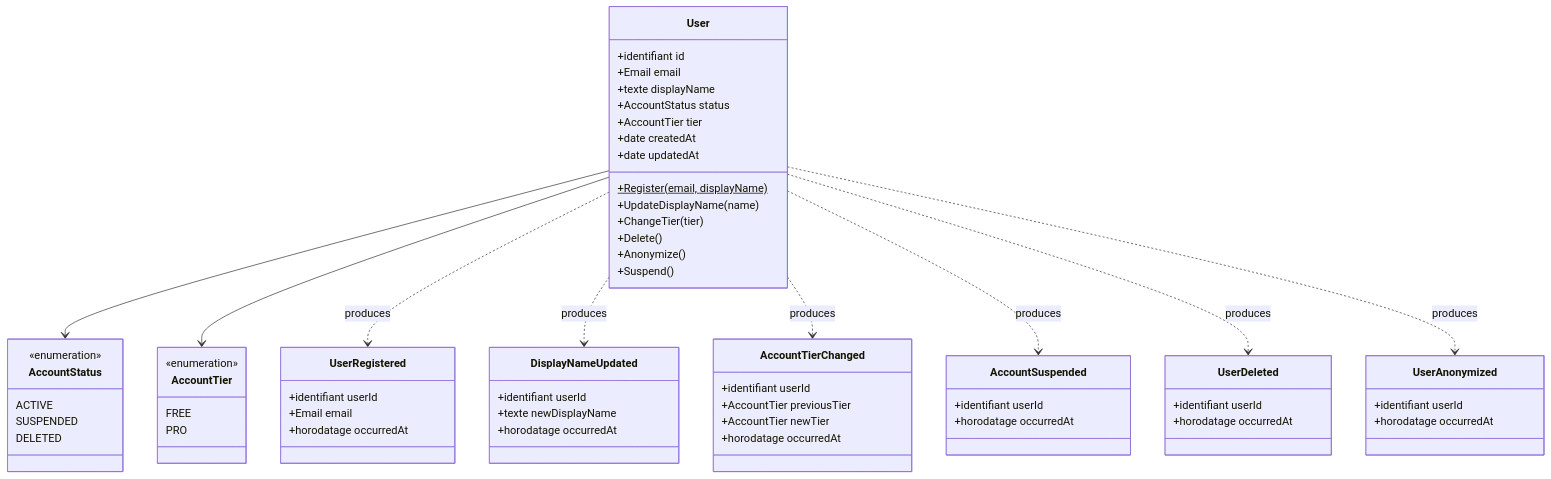
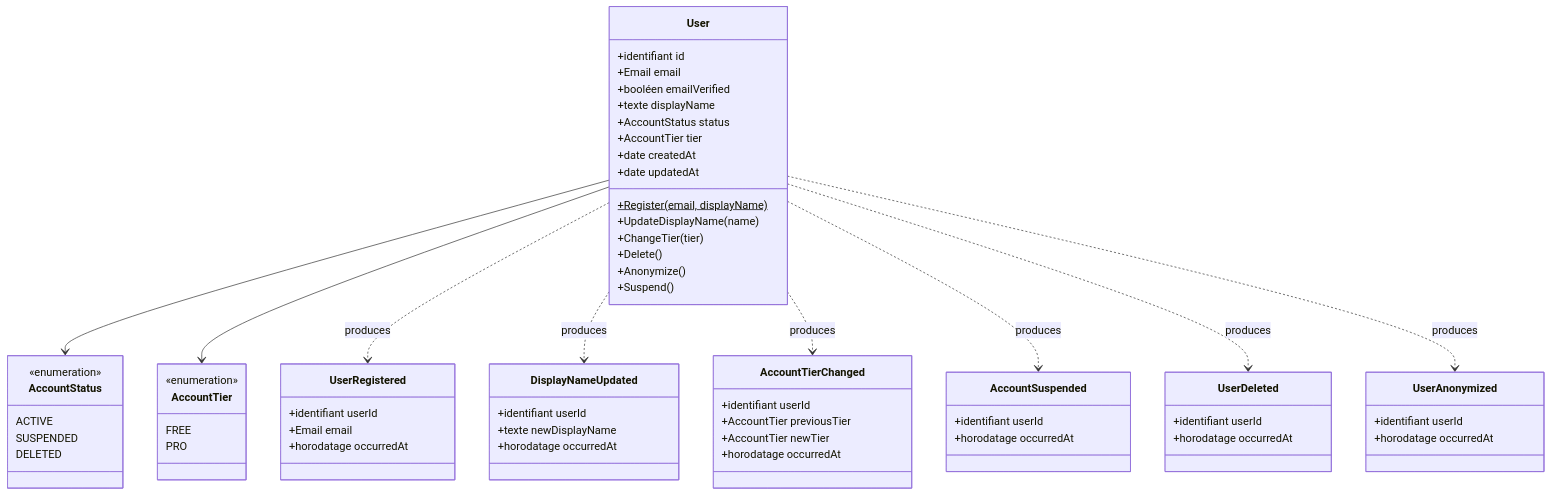
The diagram in docs/conception/domain/diagrams/classes/identity-access.md (2025-10-CDA-ECO-P6/PM-micro-saas), drawn with Mermaid before and after one commit. The commit also changed 52 other files, not shown here.

````diff
--- a/docs/conception/domain/diagrams/classes/identity-access.md
+++ b/docs/conception/domain/diagrams/classes/identity-access.md
@@ -3,74 +3,75 @@
 ```mermaid
 classDiagram
     class User {
         +identifiant id
         +Email email
+        +booléen emailVerified
         +texte displayName
         +AccountStatus status
         +AccountTier tier
         +date createdAt
         +date updatedAt
         +Register(email, displayName)$
         +UpdateDisplayName(name)
         +ChangeTier(tier)
         +Delete()
         +Anonymize()
         +Suspend()
     }
 
     class AccountStatus {
         <<enumeration>>
         ACTIVE
         SUSPENDED
         DELETED
     }
 
     class AccountTier {
         <<enumeration>>
         FREE
         PRO
     }
 
     class UserRegistered {
         +identifiant userId
         +Email email
         +horodatage occurredAt
     }
 
     class AccountTierChanged {
         +identifiant userId
         +AccountTier previousTier
         +AccountTier newTier
         +horodatage occurredAt
     }
 
     class UserDeleted {
         +identifiant userId
         +horodatage occurredAt
     }
 
     class UserAnonymized {
         +identifiant userId
         +horodatage occurredAt
     }
 
     class DisplayNameUpdated {
         +identifiant userId
         +texte newDisplayName
         +horodatage occurredAt
     }
 
     class AccountSuspended {
         +identifiant userId
         +horodatage occurredAt
     }
 
     User --> AccountStatus
     User --> AccountTier
     User ..> UserRegistered : produces
     User ..> DisplayNameUpdated : produces
     User ..> AccountTierChanged : produces
     User ..> AccountSuspended : produces
     User ..> UserDeleted : produces
     User ..> UserAnonymized : produces
 ```
````
